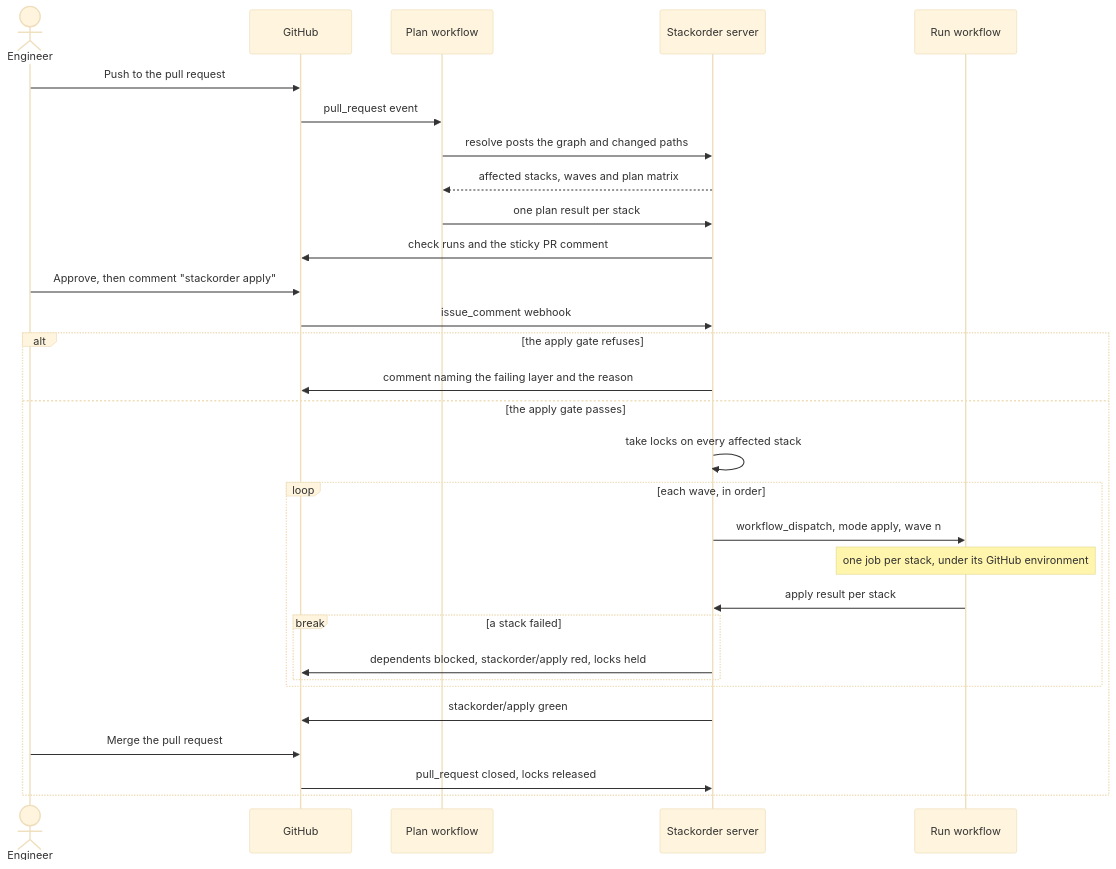
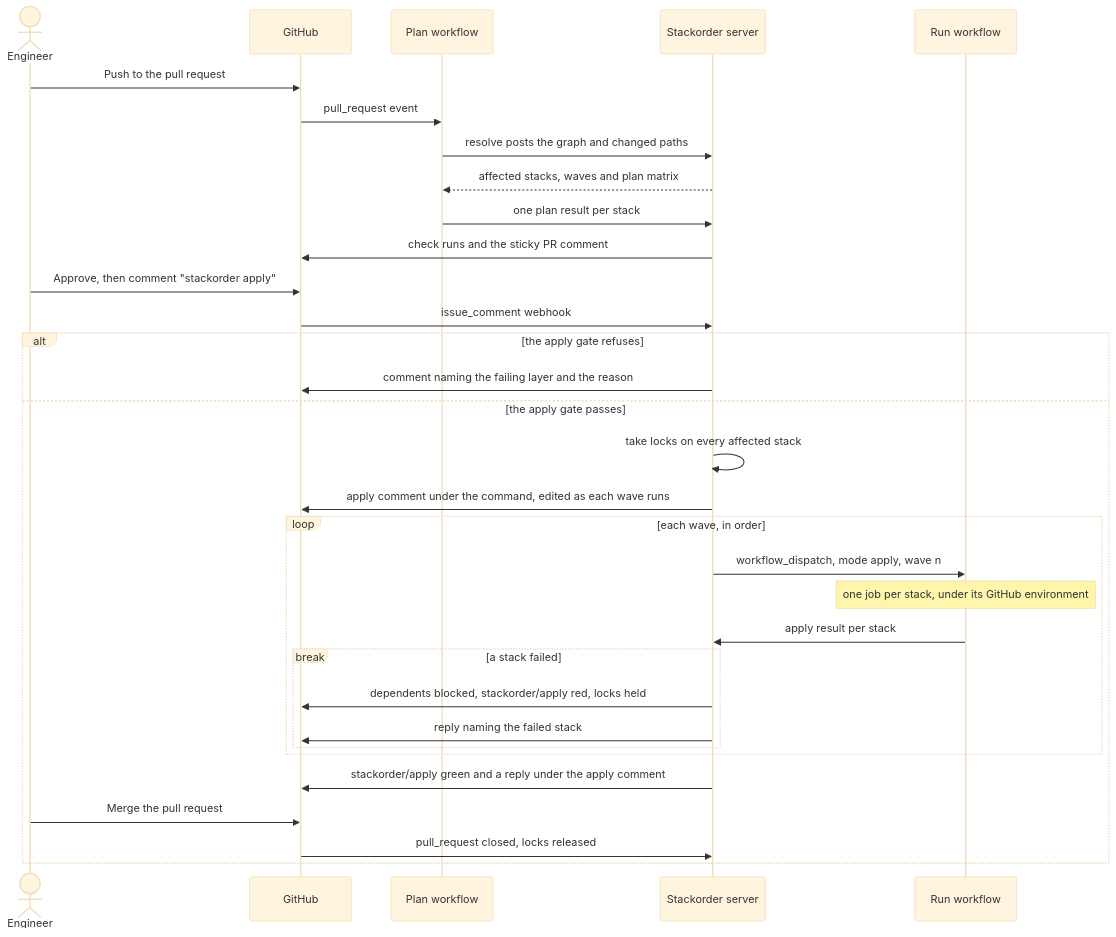
One commit to stackorder/stackorder changed the second of 4 diagrams in docs/design/index.md. Above: the diagram before and after it, drawn with Mermaid (base theme). The commit also changed other lines of this file and 7 other files, not shown here.

Commit message:
docs: describe the comment of an apply run

````diff
--- a/docs/design/index.md
+++ b/docs/design/index.md
@@ -105,32 +105,34 @@
 ```mermaid
 sequenceDiagram
   actor Dev as Engineer
   participant GH as GitHub
   participant Plan as Plan workflow
   participant S as Stackorder server
   participant Run as Run workflow
   Dev->>GH: Push to the pull request
   GH->>Plan: pull_request event
   Plan->>S: resolve posts the graph and changed paths
   S-->>Plan: affected stacks, waves and plan matrix
   Plan->>S: one plan result per stack
   S->>GH: check runs and the sticky PR comment
   Dev->>GH: Approve, then comment "stackorder apply"
   GH->>S: issue_comment webhook
   alt the apply gate refuses
     S->>GH: comment naming the failing layer and the reason
   else the apply gate passes
     S->>S: take locks on every affected stack
+    S->>GH: apply comment under the command, edited as each wave runs
     loop each wave, in order
       S->>Run: workflow_dispatch, mode apply, wave n
       Note over Run: one job per stack, under its GitHub environment
       Run->>S: apply result per stack
       break a stack failed
         S->>GH: dependents blocked, stackorder/apply red, locks held
+        S->>GH: reply naming the failed stack
       end
     end
-    S->>GH: stackorder/apply green
+    S->>GH: stackorder/apply green and a reply under the apply comment
     Dev->>GH: Merge the pull request
     GH->>S: pull_request closed, locks released
   end
 ```
````
